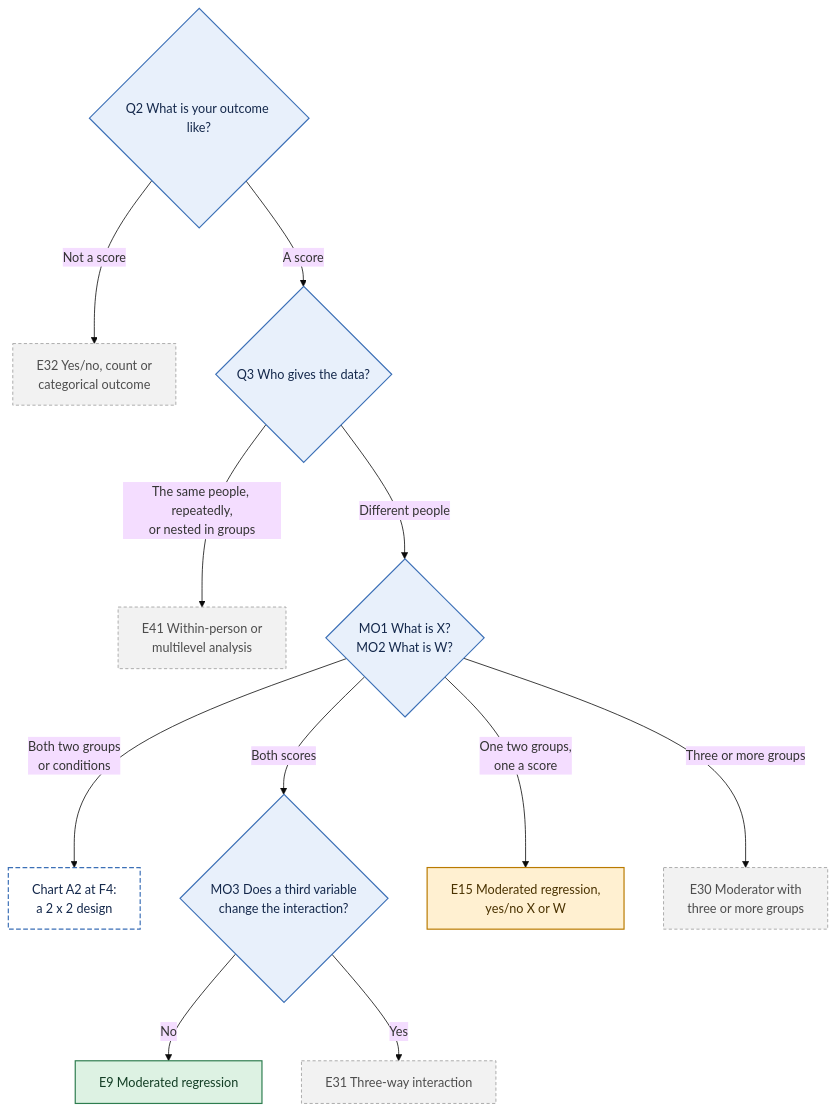
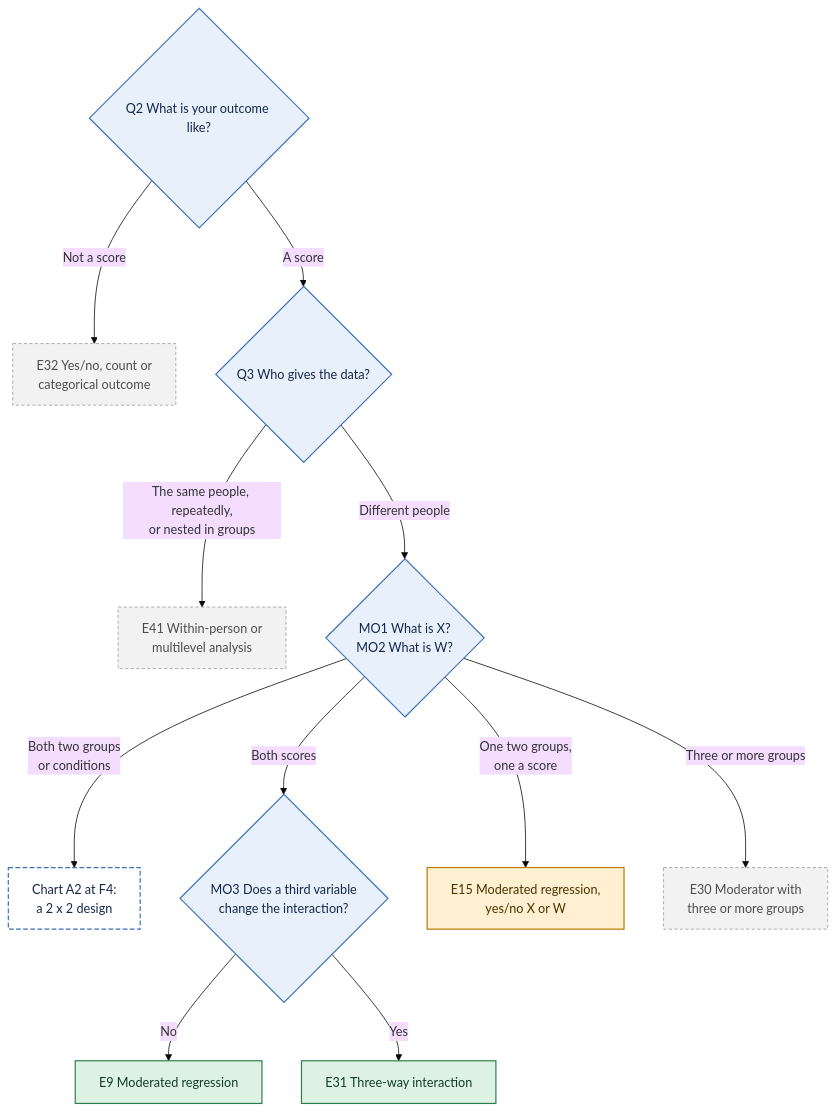
One commit to JoelThornton/Powerkit changed the sixth of 11 diagrams in docs/decision-tree.md. Above: the diagram before and after it, drawn with Mermaid (base theme). The commit also changed other lines of this file and 28 other files, not shown here.

````diff
--- a/docs/decision-tree.md
+++ b/docs/decision-tree.md
@@ -396,24 +396,24 @@
 ```mermaid
 flowchart TD
   Q2{"Q2 What is your outcome like?"}
   Q2 -->|Not a score| E32["E32 Yes/no, count or<br/>categorical outcome"]
   Q2 -->|A score| Q3{"Q3 Who gives the data?"}
   Q3 -->|The same people, repeatedly,<br/>or nested in groups| E41["E41 Within-person or<br/>multilevel analysis"]
   Q3 -->|Different people| MO1{"MO1 What is X?<br/>MO2 What is W?"}
   MO1 -->|Both two groups<br/>or conditions| A2["Chart A2 at F4:<br/>a 2 x 2 design"]
   MO1 -->|Both scores| MO3{"MO3 Does a third variable<br/>change the interaction?"}
   MO3 -->|No| E9["E9 Moderated regression"]
   MO3 -->|Yes| E31["E31 Three-way interaction"]
   MO1 -->|One two groups,<br/>one a score| E15["E15 Moderated regression,<br/>yes/no X or W"]
   MO1 -->|Three or more groups| E30["E30 Moderator with<br/>three or more groups"]
   class Q2,Q3,MO1,MO3 q
-  class E9 avail
+  class E9,E31 avail
   class E15 spec
-  class E30,E31,E32,E41 later
+  class E30,E32,E41 later
   class A2 jump
   classDef q fill:#E8F0FB,stroke:#3B6FB6,color:#14284B,stroke-width:1.5px
   classDef avail fill:#DDF2E3,stroke:#2E7D4F,color:#123D24,stroke-width:1.5px
   classDef spec fill:#FFF0D1,stroke:#B97A00,color:#4A3200,stroke-width:1.5px
   classDef later fill:#F2F2F2,stroke:#9A9A9A,color:#4D4D4D,stroke-width:1px,stroke-dasharray:4 3
   classDef jump fill:#FFFFFF,stroke:#3B6FB6,color:#14284B,stroke-width:1.5px,stroke-dasharray:6 3
 ```
````
